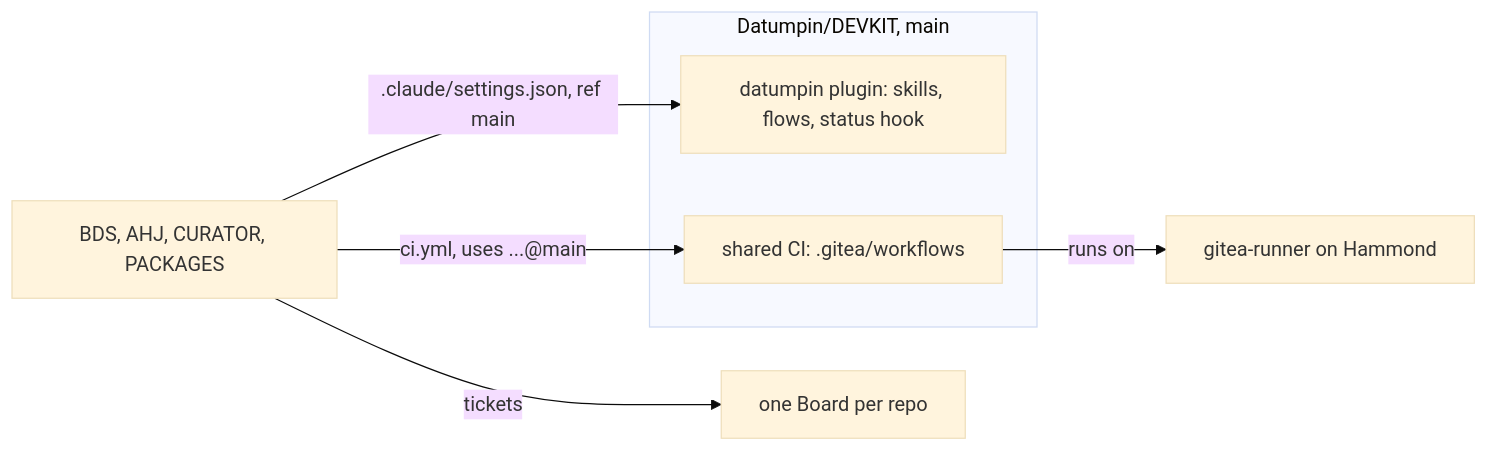
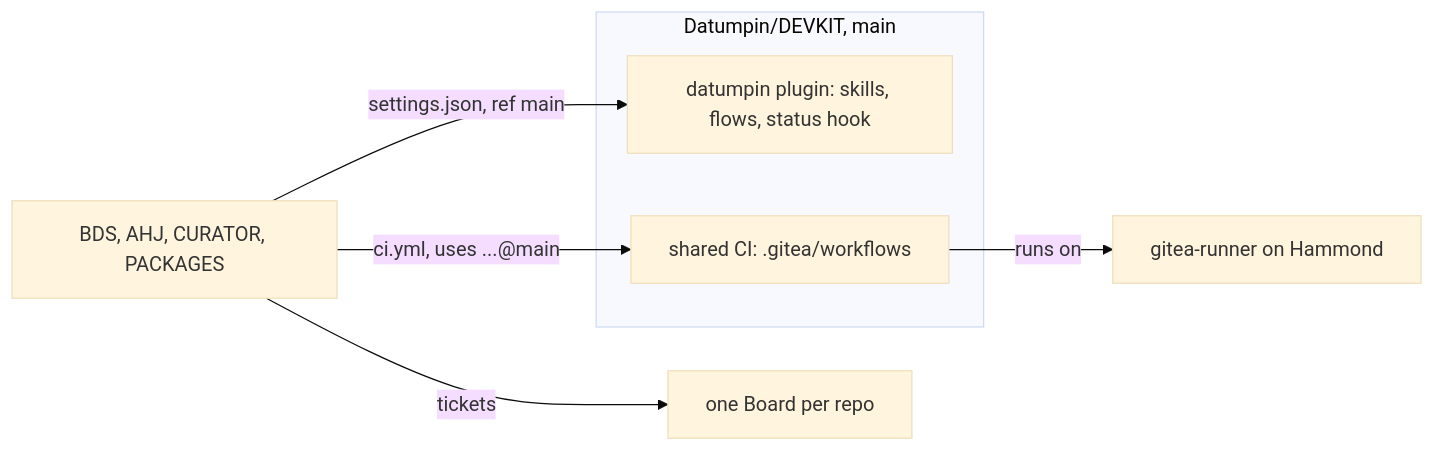
The first of 2 diagrams in docs/QUICKSTART.md (Jago971/dp-cli), drawn with Mermaid (base theme) before and after one commit.

Commit message:
docs: quickstart diagram label fits
No ticket: one-line docs fix

````diff
--- a/docs/QUICKSTART.md
+++ b/docs/QUICKSTART.md
@@ -26,11 +26,11 @@
 ```mermaid
 flowchart LR
   subgraph DEVKIT["Datumpin/DEVKIT, main"]
     P["datumpin plugin: skills, flows, status hook"]
     W["shared CI: .gitea/workflows"]
   end
-  R["BDS, AHJ, CURATOR, PACKAGES"] -- ".claude/settings.json, ref main" --> P
+  R["BDS, AHJ, CURATOR, PACKAGES"] -- "settings.json, ref main" --> P
   R -- "ci.yml, uses ...@main" --> W
   W -- "runs on" --> H["gitea-runner on Hammond"]
   R -- "tickets" --> G["one Board per repo"]
 ```
````
